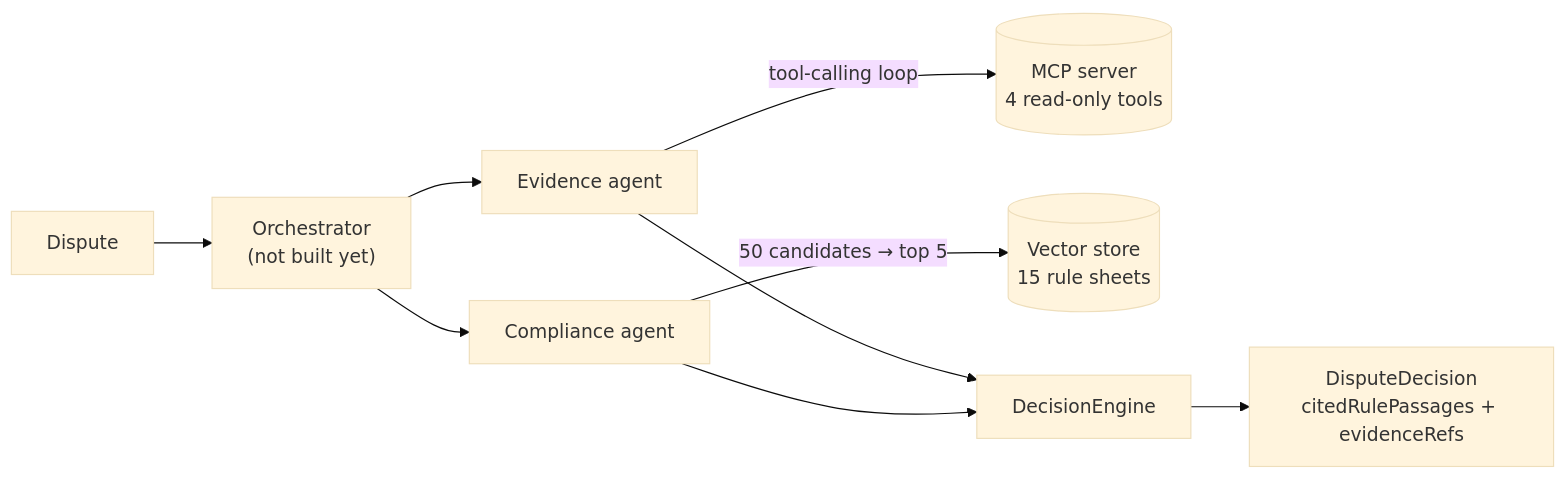
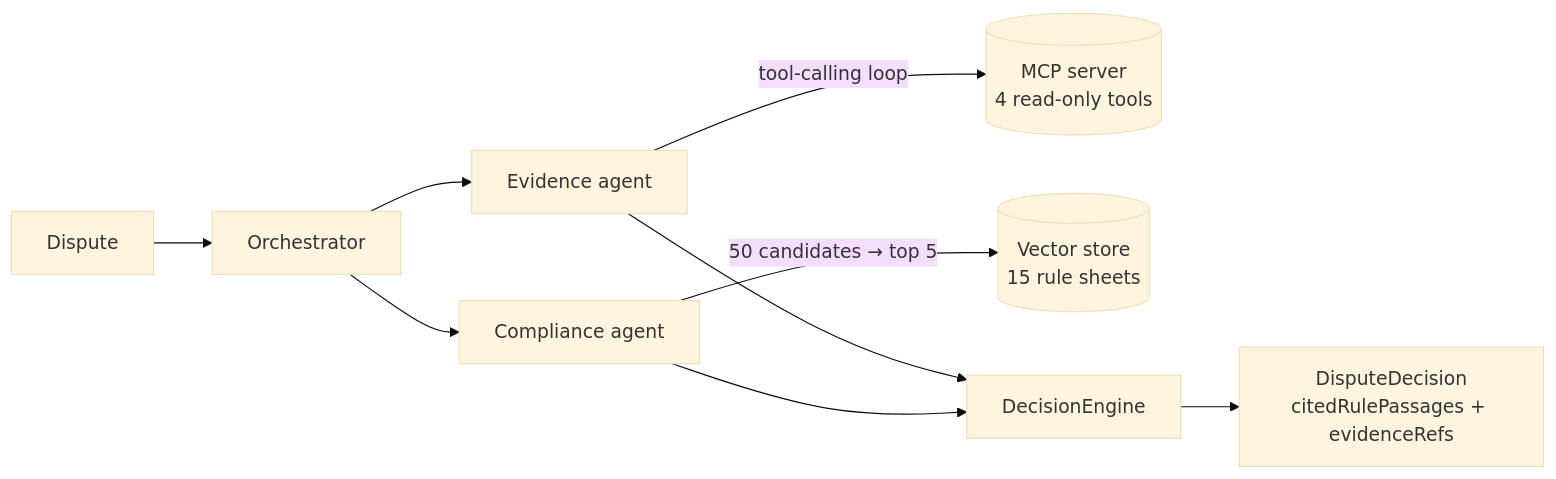
Before and after one commit to aubinhaba/dispute-resolution-agent: the diagram in README.md, drawn with Mermaid (base theme). The commit also changed other lines of this file and 9 other files, not shown here.

````diff
--- a/README.md
+++ b/README.md
@@ -19,11 +21,11 @@
 ```mermaid
 flowchart LR
-    D[Dispute] --> O["Orchestrator<br/>(not built yet)"]
+    D[Dispute] --> O[Orchestrator]
     O --> E[Evidence agent]
     O --> C[Compliance agent]
     E -->|tool-calling loop| M[("MCP server<br/>4 read-only tools")]
     C -->|"50 candidates → top 5"| V[("Vector store<br/>15 rule sheets")]
     E --> DE[DecisionEngine]
     C --> DE
     DE --> R["DisputeDecision<br/>citedRulePassages + evidenceRefs"]
 ```
````
